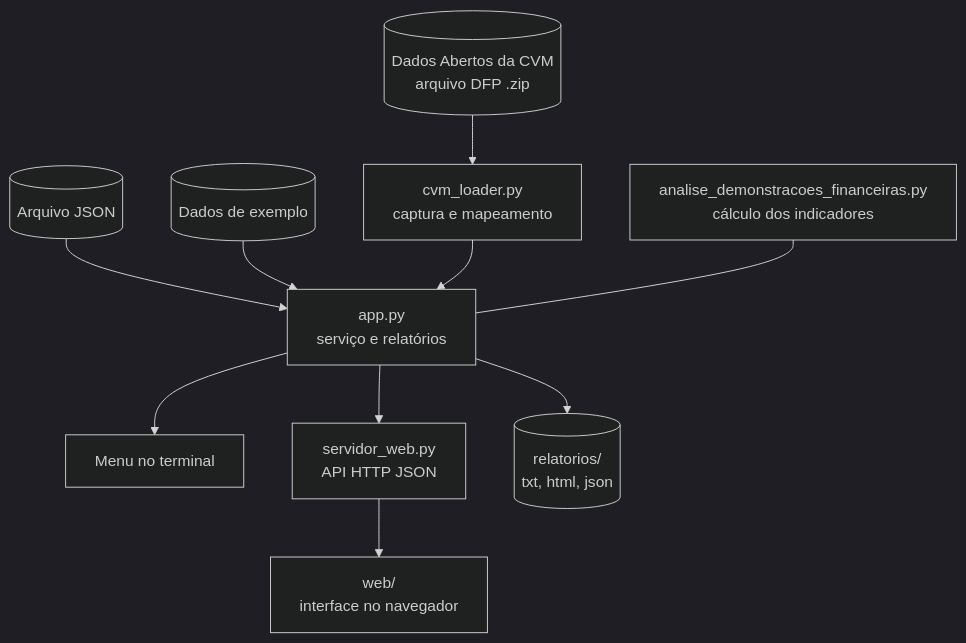
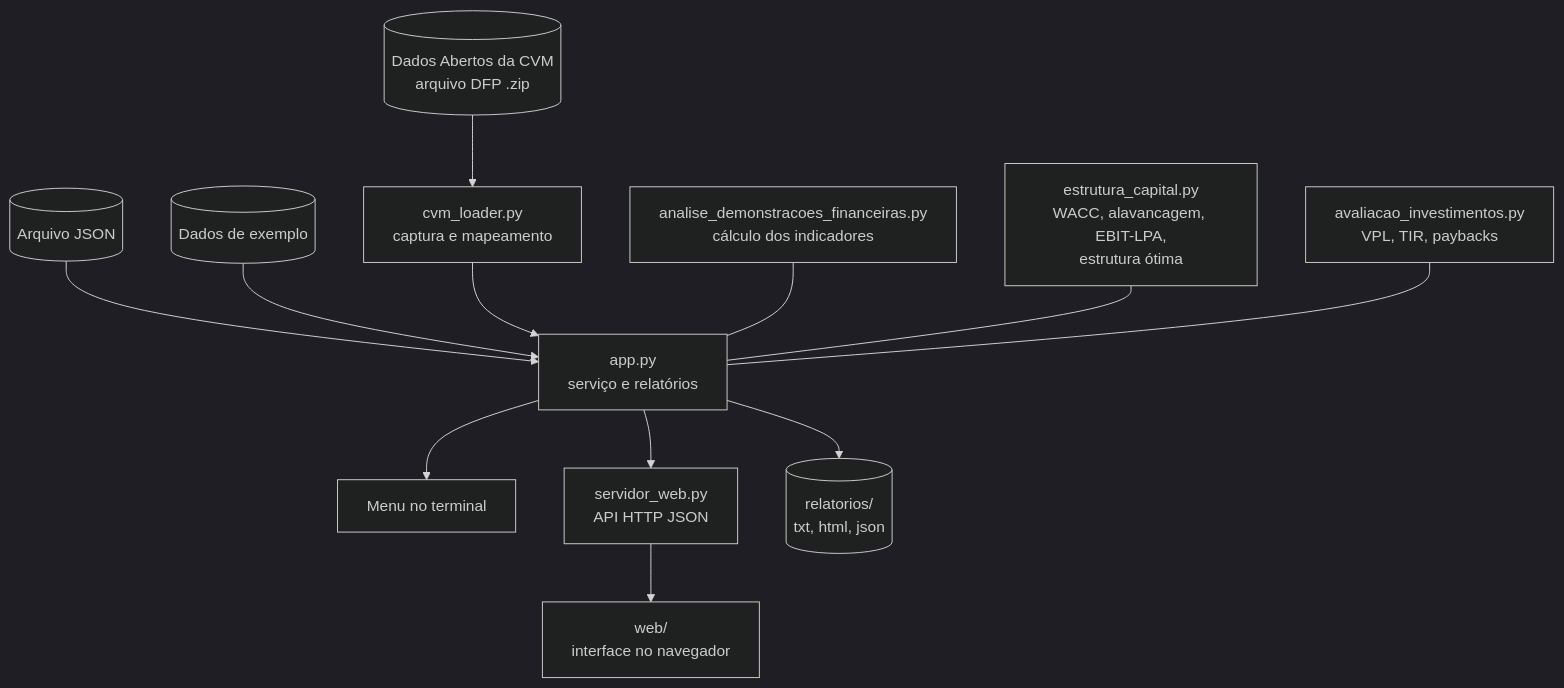
One commit to henry-gus/TP1-ADM-FIN changed the diagram in DOCUMENTACAO.md. Above: the diagram before and after it, drawn with Mermaid (dark theme). The commit also changed other lines of this file and 18 other files, not shown here.

First line of the commit message:
Adiciona estrutura de capital e avaliação de projetos

````diff
--- a/DOCUMENTACAO.md
+++ b/DOCUMENTACAO.md
@@ -169,12 +256,14 @@
 ```mermaid
 flowchart TD
     CVM[(Dados Abertos da CVM<br/>arquivo DFP .zip)] --> L[cvm_loader.py<br/>captura e mapeamento]
     JSON[(Arquivo JSON)] --> A
     EX[(Dados de exemplo)] --> A
     L --> A[app.py<br/>serviço e relatórios]
     C[analise_demonstracoes_financeiras.py<br/>cálculo dos indicadores] --- A
+    EC[estrutura_capital.py<br/>WACC, alavancagem, EBIT-LPA,<br/>estrutura ótima] --- A
+    AI[avaliacao_investimentos.py<br/>VPL, TIR, paybacks] --- A
     A --> CLI[Menu no terminal]
     A --> S[servidor_web.py<br/>API HTTP JSON]
     S --> W[web/<br/>interface no navegador]
     A --> R[(relatorios/<br/>txt, html, json)]
 ```
````
